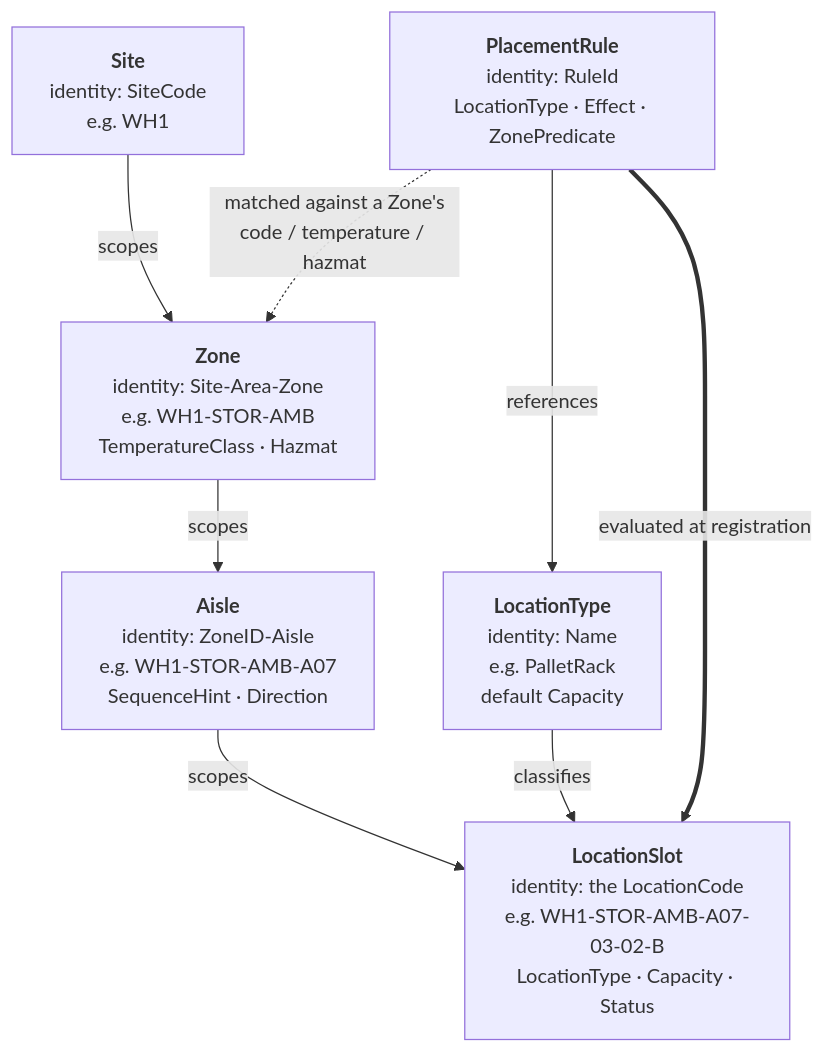
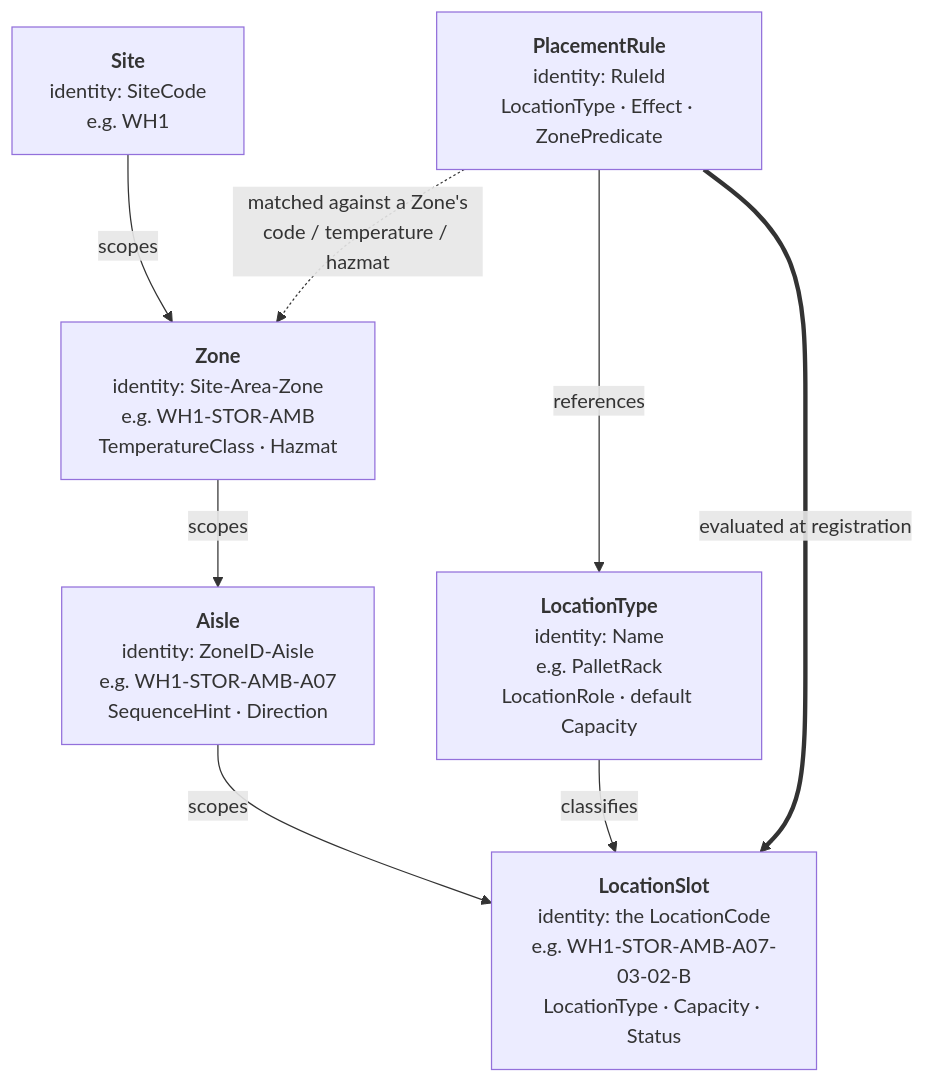
One commit to claudioed/facility-layout changed the diagram in docs/docs/ddd/aggregates.md. Above: the diagram before and after it, drawn with Mermaid. The commit also changed other lines of this file and 24 other files, not shown here.

````diff
--- a/docs/docs/ddd/aggregates.md
+++ b/docs/docs/ddd/aggregates.md
@@ -13,17 +15,17 @@
 ```mermaid
 graph TD
     Site["<b>Site</b><br/>identity: SiteCode<br/>e.g. WH1"]
     Zone["<b>Zone</b><br/>identity: Site-Area-Zone<br/>e.g. WH1-STOR-AMB<br/>TemperatureClass · Hazmat"]
     Aisle["<b>Aisle</b><br/>identity: ZoneID-Aisle<br/>e.g. WH1-STOR-AMB-A07<br/>SequenceHint · Direction"]
     Slot["<b>LocationSlot</b><br/>identity: the LocationCode<br/>e.g. WH1-STOR-AMB-A07-03-02-B<br/>LocationType · Capacity · Status"]
-    LType["<b>LocationType</b><br/>identity: Name<br/>e.g. PalletRack<br/>default Capacity"]
+    LType["<b>LocationType</b><br/>identity: Name<br/>e.g. PalletRack<br/>LocationRole · default Capacity"]
     Rule["<b>PlacementRule</b><br/>identity: RuleId<br/>LocationType · Effect · ZonePredicate"]
 
     Site -->|"scopes"| Zone
     Zone -->|"scopes"| Aisle
     Aisle -->|"scopes"| Slot
     LType -->|"classifies"| Slot
     Rule -->|"references"| LType
     Rule -.->|"matched against a Zone's<br/>code / temperature / hazmat"| Zone
     Rule ==>|"evaluated at registration"| Slot
 ```
````
